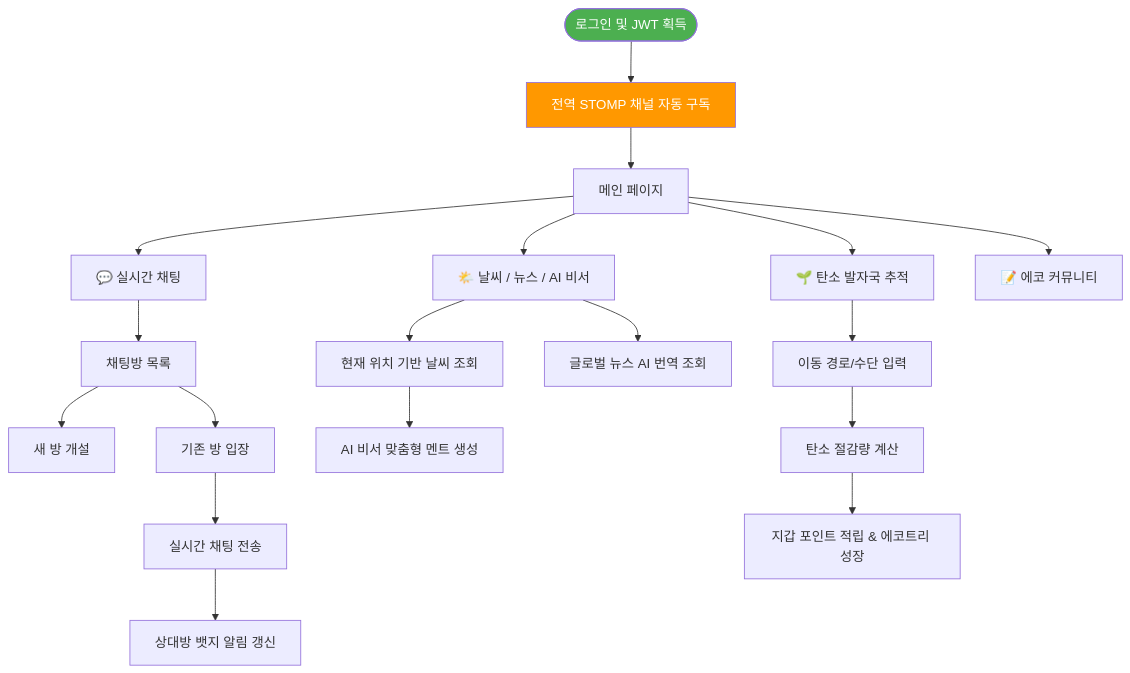
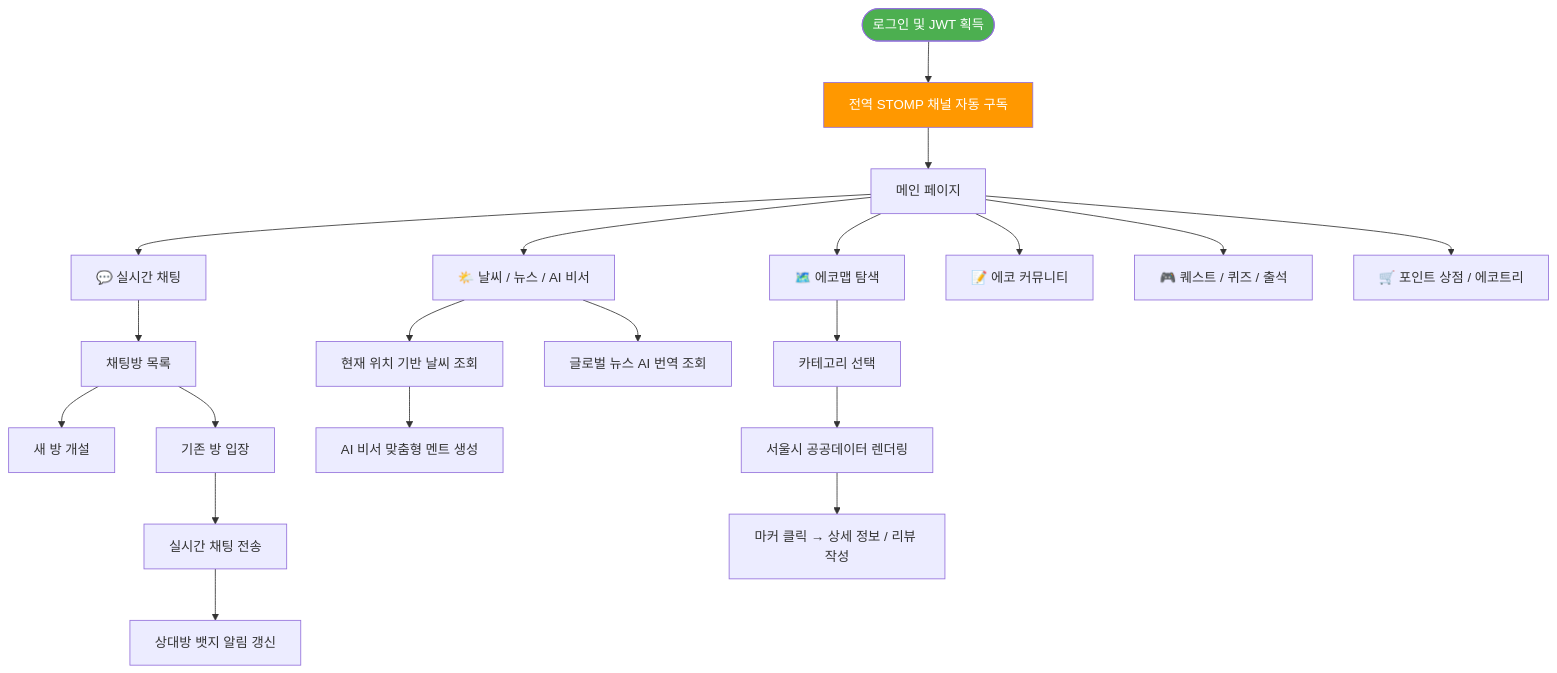
One commit to KJH-Portfolio/202602-Environmenta-Organization changed the second of 13 diagrams in userflow.md. Above: the diagram before and after it, drawn with Mermaid. The commit also changed other lines of this file and 18 other files, not shown here.

````diff
--- a/userflow.md
+++ b/userflow.md
@@ -53,30 +53,32 @@
 ```mermaid
 flowchart TD
     START([로그인 및 JWT 획득]) --> EVENT[전역 STOMP 채널 자동 구독]
     EVENT --> MAIN[메인 페이지]
 
     MAIN --> M1["💬 실시간 채팅"]
     MAIN --> M2["🌤️ 날씨 / 뉴스 / AI 비서"]
-    MAIN --> M3["🌱 탄소 발자국 추적"]
+    MAIN --> M3["🗺️ 에코맵 탐색"]
     MAIN --> M4["📝 에코 커뮤니티"]
+    MAIN --> M5["🎮 퀘스트 / 퀴즈 / 출석"]
+    MAIN --> M6["🛒 포인트 상점 / 에코트리"]
 
     %% ── 채팅 ──
     M1 --> C1[채팅방 목록]
     C1 --> C2[새 방 개설]
     C1 --> C3[기존 방 입장]
     C3 --> C4[실시간 채팅 전송]
     C4 --> C5[상대방 뱃지 알림 갱신]
 
     %% ── 날씨 / 뉴스 / AI ──
     M2 --> W1[현재 위치 기반 날씨 조회]
     M2 --> N1[글로벌 뉴스 AI 번역 조회]
     W1 --> A1[AI 비서 맞춤형 멘트 생성]
 
-    %% ── 탄소 추적 ──
-    M3 --> T1[이동 경로/수단 입력]
-    T1 --> T2[탄소 절감량 계산]
-    T2 --> T3[지갑 포인트 적립 & 에코트리 성장]
+    %% ── 에코맵 ──
+    M3 --> T1[카테고리 선택]
+    T1 --> T2[서울시 공공데이터 렌더링]
+    T2 --> T3[마커 클릭 → 상세 정보 / 리뷰 작성]
 
     style START fill:#4CAF50,color:#fff
     style EVENT fill:#FF9800,color:#fff
 ```
````
